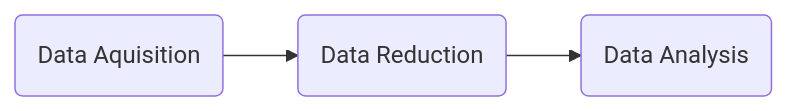
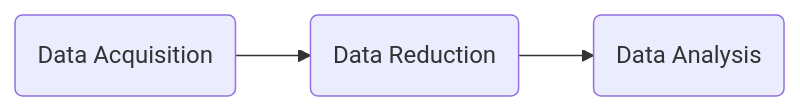
One commit to easyscience/diffraction-lib changed the diagram in docs/docs/user-guide/concept.md. Above: the diagram before and after it, drawn with Mermaid. The commit also changed other lines of this file and 14 other files, not shown here.

````diff
--- a/docs/docs/user-guide/concept.md
+++ b/docs/docs/user-guide/concept.md
@@ -7,8 +7,8 @@
 ```mermaid
 flowchart LR
-    a(Data Aquisition)
+    a(Data Acquisition)
     b(Data Reduction)
     c(Data Analysis)
     a --> b
     b --> c
 ```
````
